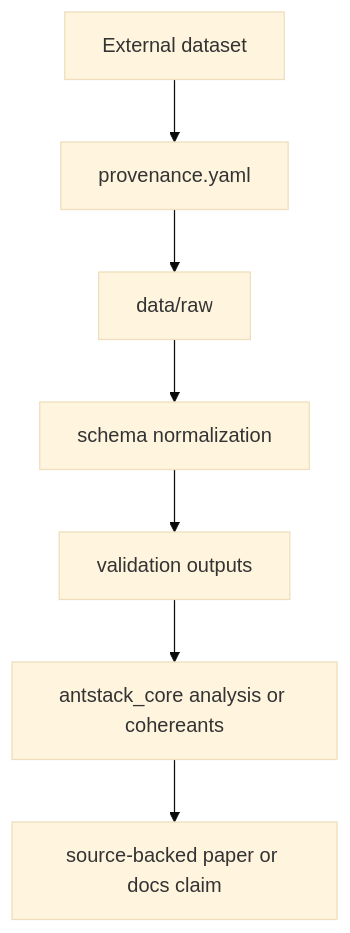
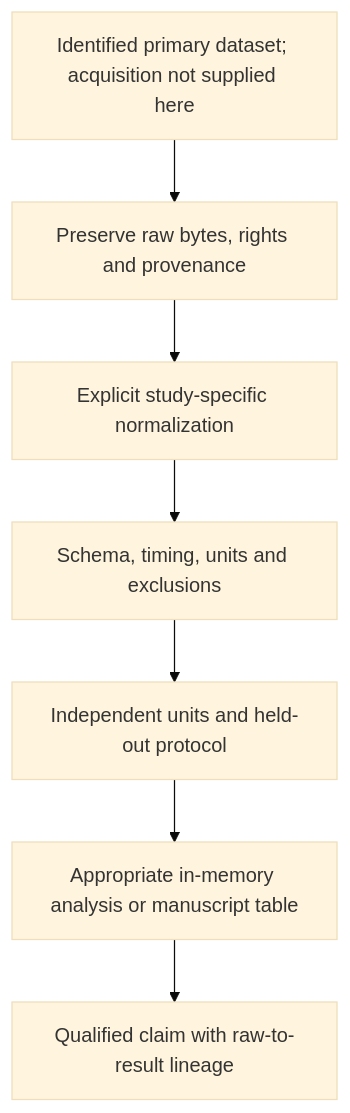
One commit to docxology/ant_stack changed the diagram in docs/external_ant_data_integration.md. Above: the diagram before and after it, drawn with Mermaid (base theme). The commit also changed other lines of this file and 254 other files, not shown here.

````diff
--- a/docs/external_ant_data_integration.md
+++ b/docs/external_ant_data_integration.md
@@ -5,9 +7,9 @@
 ```mermaid
 flowchart TD
-    Source["External dataset"] --> Provenance["provenance.yaml"]
-    Provenance --> Raw["data/raw"]
-    Raw --> Normalize["schema normalization"]
-    Normalize --> Validate["validation outputs"]
-    Validate --> Package["antstack_core analysis or cohereants"]
-    Package --> Claim["source-backed paper or docs claim"]
+    Source["Identified primary dataset; acquisition not supplied here"] --> Custody["Preserve raw bytes, rights and provenance"]
+    Custody --> Normalize["Explicit study-specific normalization"]
+    Normalize --> Checks["Schema, timing, units and exclusions"]
+    Checks --> Design["Independent units and held-out protocol"]
+    Design --> Analysis["Appropriate in-memory analysis or manuscript table"]
+    Analysis --> Claim["Qualified claim with raw-to-result lineage"]
 ```
````
